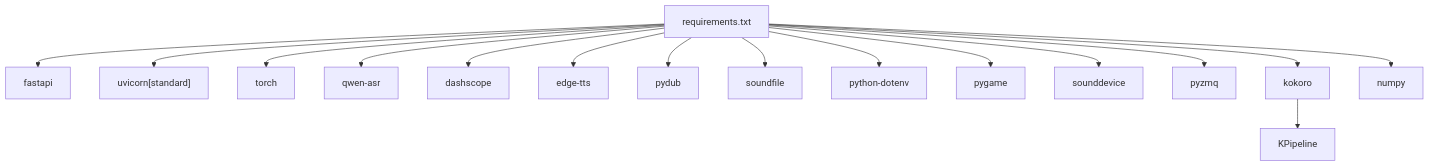
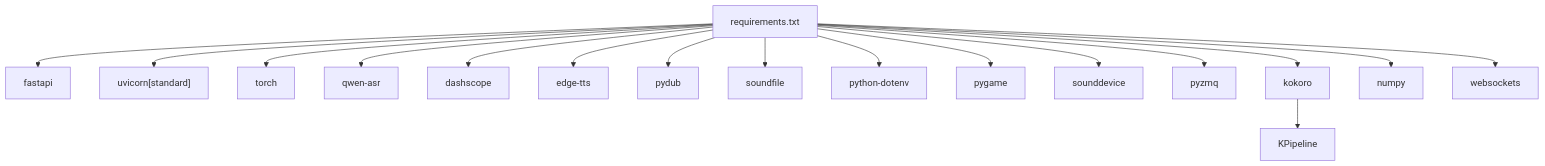
One commit to 1024dashen/Vue3Speech changed diagram 14 of 14 in .qoder/repowiki/zh/content/开发者指南/开发者指南.md. Above: the diagram before and after it, drawn with Mermaid. The commit also changed other lines of this file and 17 other files, not shown here.

````diff
--- a/.qoder/repowiki/zh/content/开发者指南/开发者指南.md
+++ b/.qoder/repowiki/zh/content/开发者指南/开发者指南.md
@@ -571,17 +725,18 @@
 ```mermaid
 graph TB
 Req["requirements.txt"] --> FastAPI["fastapi"]
 Req --> Uvicorn["uvicorn[standard]"]
 Req --> Torch["torch"]
 Req --> ASR["qwen-asr"]
 Req --> Dash["dashscope"]
 Req --> Edge["edge-tts"]
 Req --> PyDub["pydub"]
 Req --> SF["soundfile"]
 Req --> DotEnv["python-dotenv"]
 Req --> Pygame["pygame"]
 Req --> SD["sounddevice"]
 Req --> ZMQ["pyzmq"]
 Req --> Kokoro["kokoro"] --> KPipeline["KPipeline"]
 Req --> Numpy["numpy"]
+Req --> Websockets["websockets"]
 ```
````
